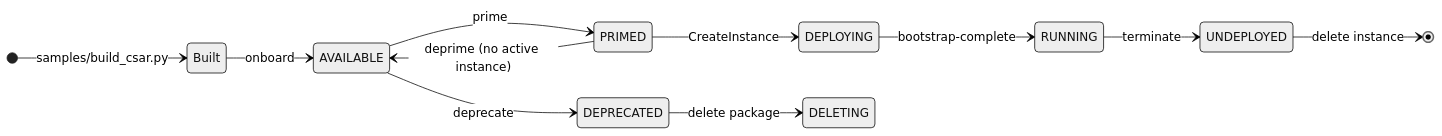
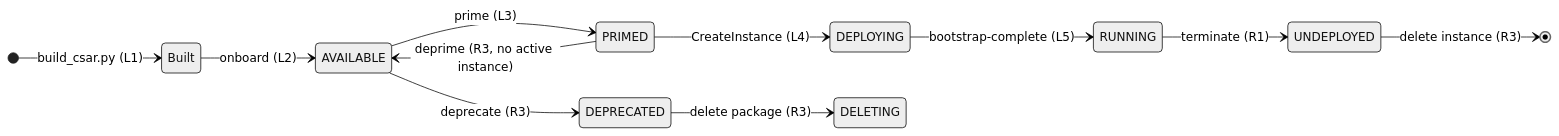
The fourth of 4 diagrams in smo/samples/tx-muting-rapp/README.md (rsys-bshankar/ai-ran-ref), drawn with Mermaid (neutral theme) before and after one commit. The commit also changed other lines of this file and 18 other files, not shown here.

````diff
--- a/smo/samples/tx-muting-rapp/README.md
+++ b/smo/samples/tx-muting-rapp/README.md
@@ -641,14 +585,14 @@
 ```mermaid
 stateDiagram-v2
     direction LR
-    [*] --> Built: samples/build_csar.py
-    Built --> AVAILABLE: onboard
-    AVAILABLE --> PRIMED: prime
-    PRIMED --> DEPLOYING: CreateInstance
-    DEPLOYING --> RUNNING: bootstrap-complete
-    RUNNING --> UNDEPLOYED: terminate
-    UNDEPLOYED --> [*]: delete instance
-    PRIMED --> AVAILABLE: deprime (no active instance)
-    AVAILABLE --> DEPRECATED: deprecate
-    DEPRECATED --> DELETING: delete package
+    [*] --> Built: build_csar.py (L1)
+    Built --> AVAILABLE: onboard (L2)
+    AVAILABLE --> PRIMED: prime (L3)
+    PRIMED --> DEPLOYING: CreateInstance (L4)
+    DEPLOYING --> RUNNING: bootstrap-complete (L5)
+    RUNNING --> UNDEPLOYED: terminate (R1)
+    UNDEPLOYED --> [*]: delete instance (R3)
+    PRIMED --> AVAILABLE: deprime (R3, no active instance)
+    AVAILABLE --> DEPRECATED: deprecate (R3)
+    DEPRECATED --> DELETING: delete package (R3)
 ```
````
